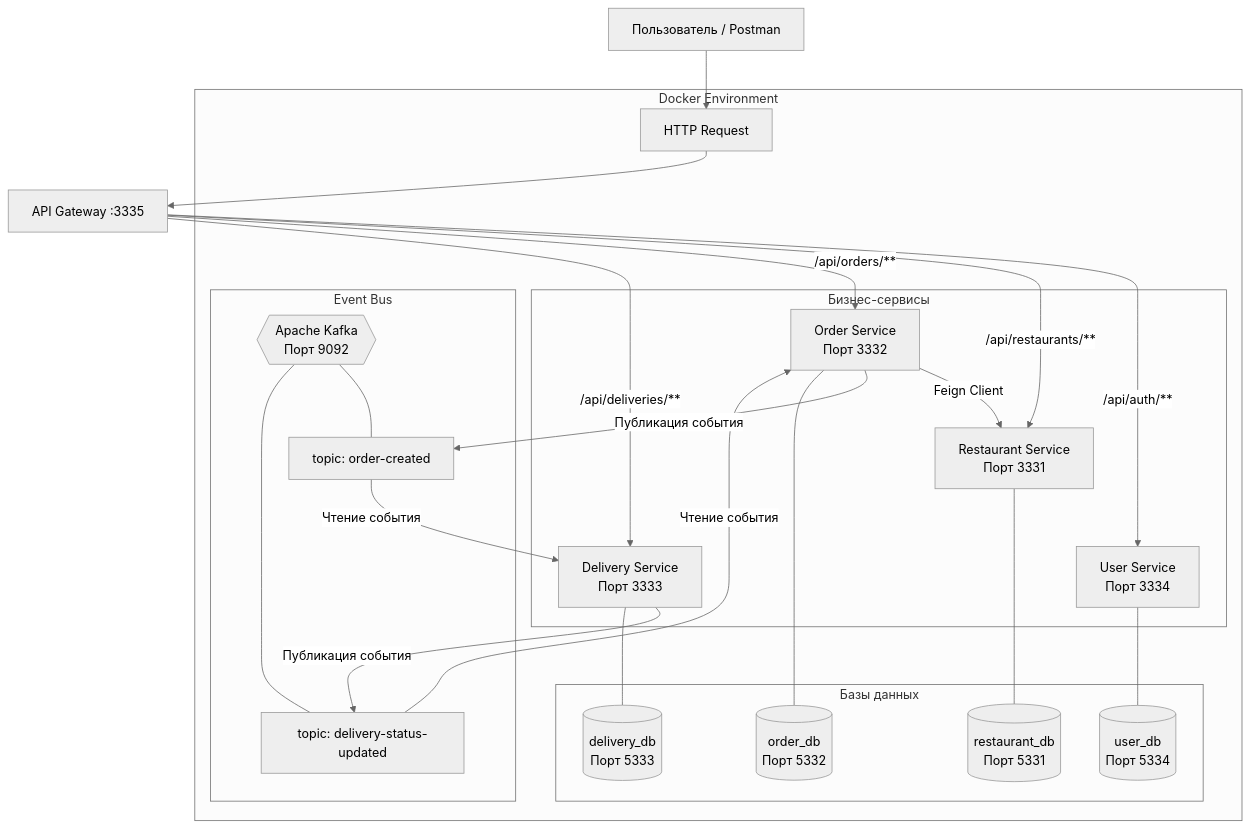
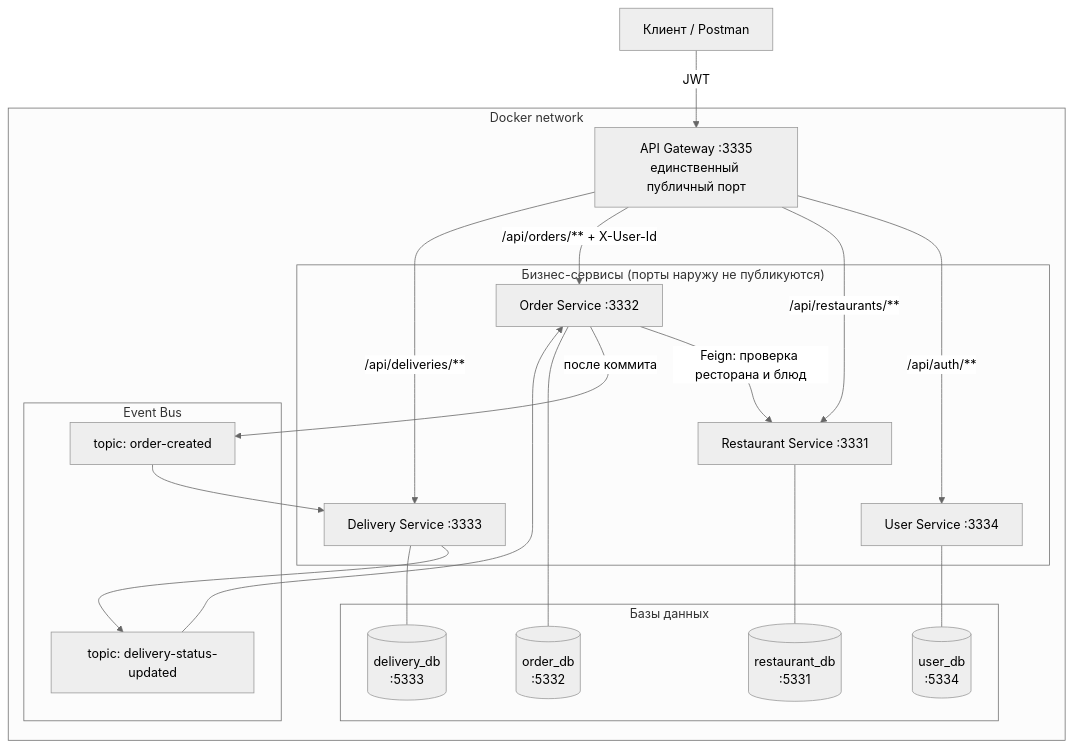
Before and after one commit to nmaksimka/Delivery-Hub: the diagram in README.md, drawn with Mermaid (neutral theme). The commit also changed other lines of this file and 146 other files, not shown here.

````diff
--- a/README.md
+++ b/README.md
@@ -27,52 +36,44 @@
 ```mermaid
 graph TB
-    Client[Пользователь / Postman]
-    Gateway[API Gateway :3335]
-    
-    subgraph Docker_Environment["Docker Environment"]
-        Request[HTTP Request]
-        
-        subgraph Business_Services["Бизнес-сервисы"]
-            Restaurant[Restaurant Service<br/>Порт 3331]
-            Order[Order Service<br/>Порт 3332]
-            Delivery[Delivery Service<br/>Порт 3333]
-            User[User Service<br/>Порт 3334]
+    Client[Клиент / Postman]
+
+    subgraph Docker["Docker network"]
+        Gateway[API Gateway :3335<br/>единственный публичный порт]
+
+        subgraph Services["Бизнес-сервисы (порты наружу не публикуются)"]
+            Restaurant[Restaurant Service :3331]
+            Order[Order Service :3332]
+            Delivery[Delivery Service :3333]
+            User[User Service :3334]
         end
-        
-        subgraph Databases["Базы данных"]
-            DB1[(restaurant_db<br/>Порт 5331)]
-            DB2[(order_db<br/>Порт 5332)]
-            DB3[(delivery_db<br/>Порт 5333)]
-            DB4[(user_db<br/>Порт 5334)]
+
+        subgraph DBs["Базы данных"]
+            DB1[(restaurant_db<br/>:5331)]
+            DB2[(order_db<br/>:5332)]
+            DB3[(delivery_db<br/>:5333)]
+            DB4[(user_db<br/>:5334)]
         end
-        
-        subgraph EventBus["Event Bus"]
-            Kafka{{Apache Kafka<br/>Порт 9092}}
+
+        subgraph Bus["Event Bus"]
             Topic1["topic: order-created"]
             Topic2["topic: delivery-status-updated"]
         end
     end
 
-    Client --> Request
-    Request --> Gateway
-    
+    Client -->|JWT| Gateway
     Gateway -->|"/api/auth/**"| User
     Gateway -->|"/api/restaurants/**"| Restaurant
-    Gateway -->|"/api/orders/**"| Order
+    Gateway -->|"/api/orders/** + X-User-Id"| Order
     Gateway -->|"/api/deliveries/**"| Delivery
 
-    Order -->|Feign Client| Restaurant
-    
-    Order -->|Публикация события| Topic1
-    Topic1 -->|Чтение события| Delivery
-    Delivery -->|Публикация события| Topic2
-    Topic2 -->|Чтение события| Order
-    
-    Kafka --- Topic1
-    Kafka --- Topic2
+    Order -->|Feign: проверка ресторана и блюд| Restaurant
+    Order -->|после коммита| Topic1
+    Topic1 --> Delivery
+    Delivery --> Topic2
+    Topic2 --> Order
 
     Restaurant --- DB1
     Order --- DB2
     Delivery --- DB3
     User --- DB4
 ```
````
